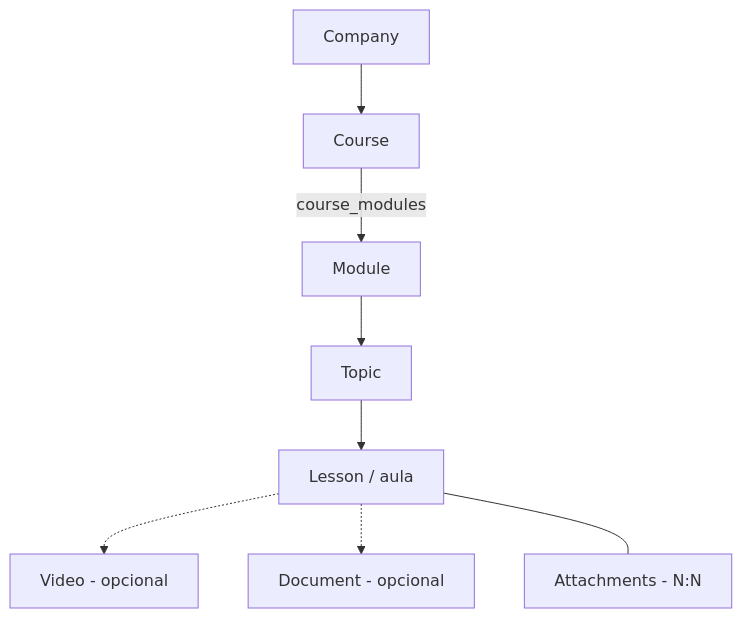
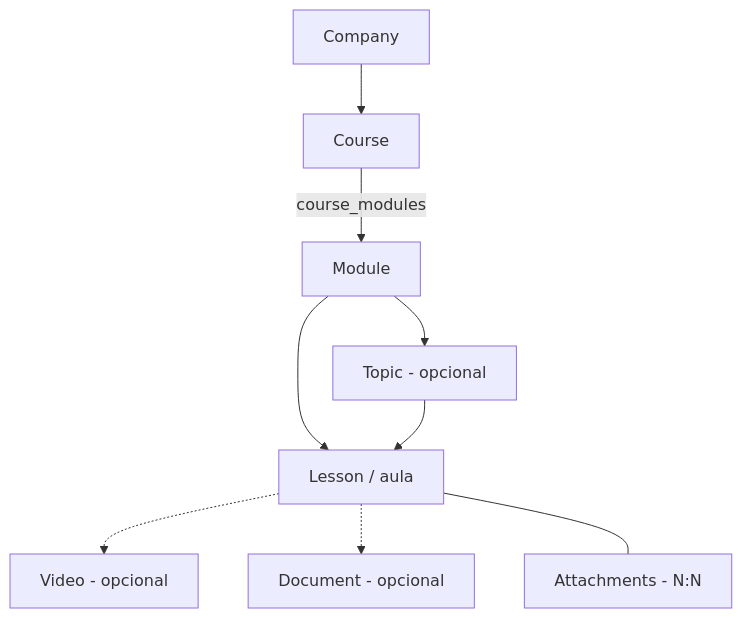
Before and after one commit to odanilodev/dooli: the first of 5 diagrams in docs/DOMAIN.md, drawn with Mermaid. The commit also changed other lines of this file and 33 other files, not shown here.

````diff
--- a/docs/DOMAIN.md
+++ b/docs/DOMAIN.md
@@ -28,10 +29,11 @@
 ```mermaid
 flowchart TD
     C[Company] --> CO[Course]
     CO -->|course_modules| M[Module]
-    M --> T[Topic]
-    T --> L[Lesson / aula]
+    M --> T[Topic - opcional]
+    M --> L[Lesson / aula]
+    T --> L
     L -.-> V[Video - opcional]
     L -.-> D[Document - opcional]
     L --- AT[Attachments - N:N]
 ```
````
